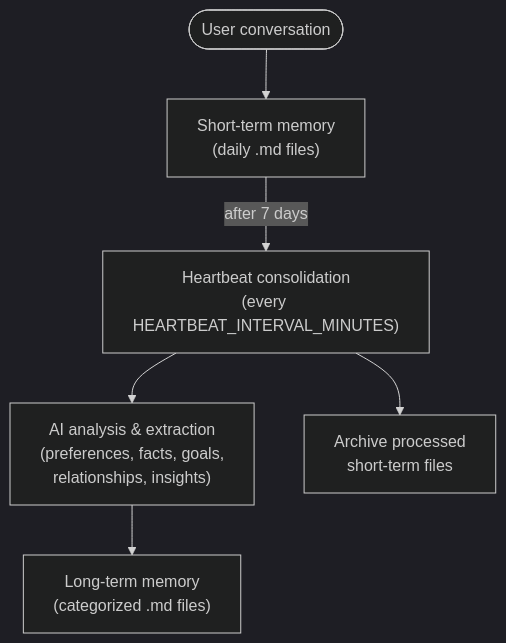
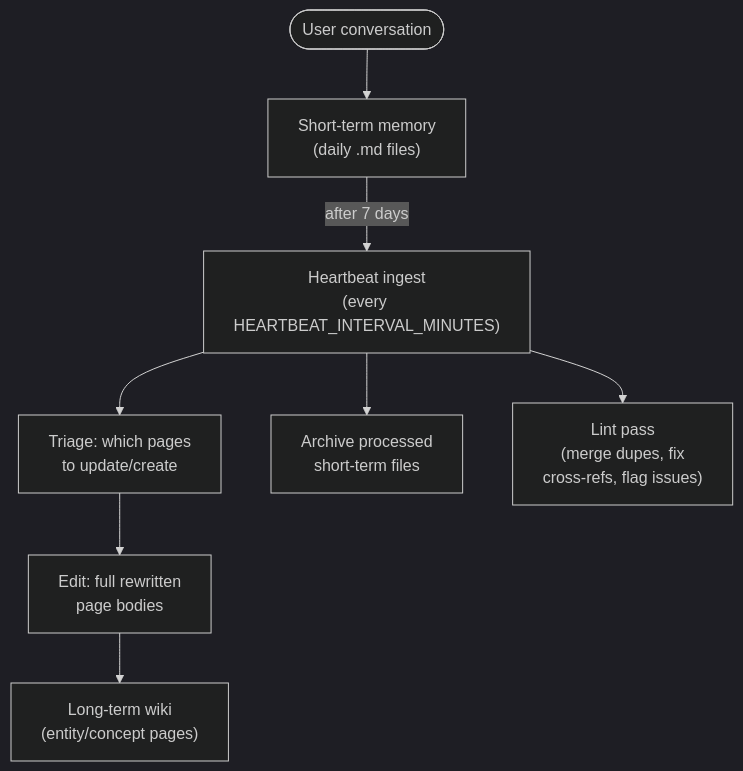
Before and after one commit to fuadmefleh/chatty: the diagram in docs/MEMORY_SYSTEM.md, drawn with Mermaid (dark theme). The commit also changed other lines of this file and 17 other files, not shown here.

````diff
--- a/docs/MEMORY_SYSTEM.md
+++ b/docs/MEMORY_SYSTEM.md
@@ -33,8 +28,10 @@
 ```mermaid
 flowchart TD
     C([User conversation]) --> ST["Short-term memory\n(daily .md files)"]
-    ST -->|after 7 days| HB["Heartbeat consolidation\n(every HEARTBEAT_INTERVAL_MINUTES)"]
-    HB --> AI["AI analysis & extraction\n(preferences, facts, goals,\nrelationships, insights)"]
-    AI --> LT["Long-term memory\n(categorized .md files)"]
+    ST -->|after 7 days| HB["Heartbeat ingest\n(every HEARTBEAT_INTERVAL_MINUTES)"]
+    HB --> T["Triage: which pages\nto update/create"]
+    T --> E["Edit: full rewritten\npage bodies"]
+    E --> LT["Long-term wiki\n(entity/concept pages)"]
     HB --> ARC["Archive processed\nshort-term files"]
+    HB --> L["Lint pass\n(merge dupes, fix\ncross-refs, flag issues)"]
 ```
````
